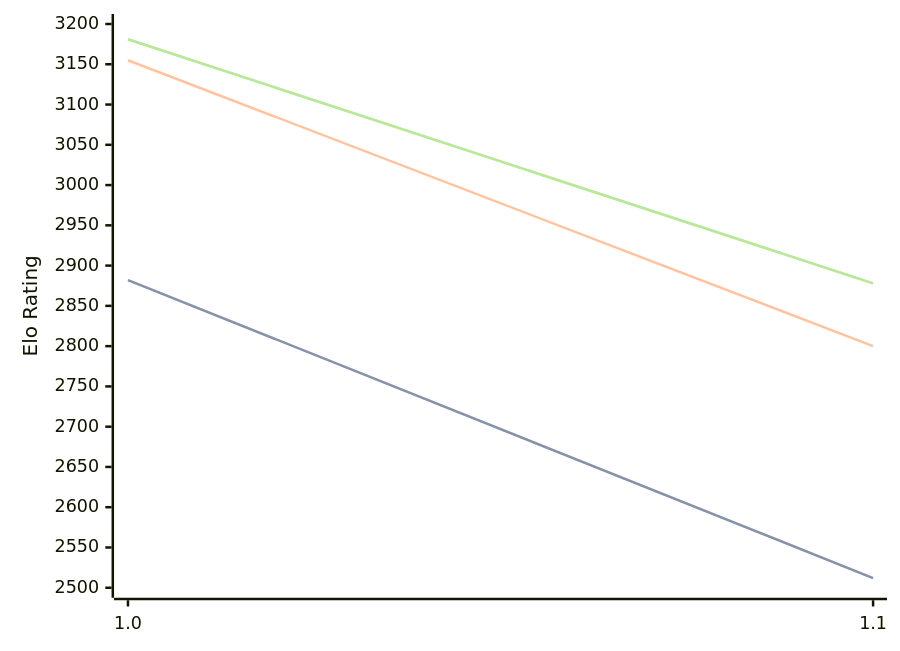
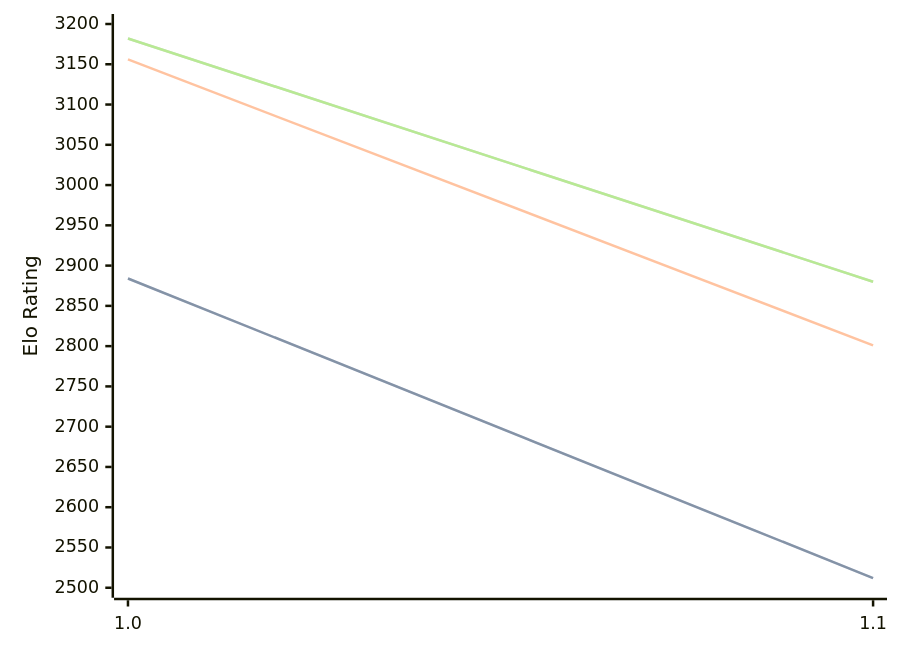
Before and after one commit to computer-chess-index/cci: the diagram in engines/Publius.md, drawn with Mermaid. The commit also changed other lines of this file, not shown here.

Commit message:
Update CCI Ratings (ELO VLTC) - 2026-05-06

````diff
--- a/engines/Publius.md
+++ b/engines/Publius.md
@@ -32,11 +32,11 @@
 ```mermaid
 %%{init: {"theme":"base","themeVariables":{"seriesColors:['#a3a3a3','#222221','#faa371']}}}%%
 xychart-beta
   x-axis ["1.0", "1.1"]
   y-axis "Elo Rating" 2500 --> 3200
-  line "STC (8.0+0.08s)" [2882, 2512]
-  line "STC (8.0+0.08s)" [2882, 2512]
-  line "LTC (60.0+0.60s)" [3155, 2800]
-  line "VLTC (2m24s+1.12s)" [3181, 2878]
-  line "VLTC (2m24s+1.12s)" [3181, 2878]
+  line "STC (8.0+0.08s)" [2884, 2512]
+  line "STC (8.0+0.08s)" [2884, 2512]
+  line "LTC (60.0+0.60s)" [3156, 2801]
+  line "VLTC (2m24s+1.12s)" [3182, 2880]
+  line "VLTC (2m24s+1.12s)" [3182, 2880]
 ```
````
